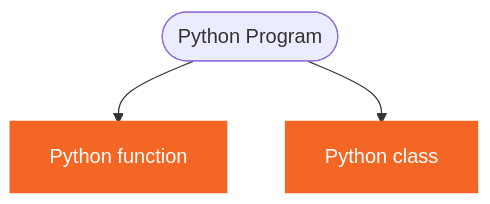
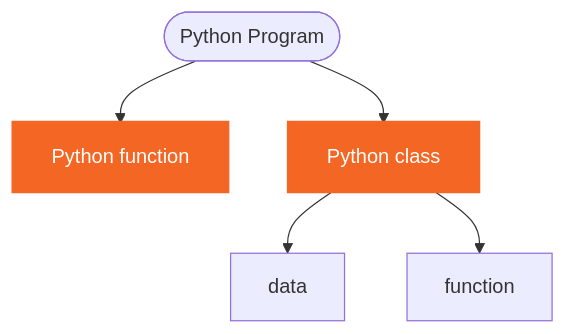
The second of 4 diagrams in doc/python.md (terrenceliu01/python1), drawn with Mermaid before and after one commit. The commit also changed other lines of this file and 14 other files, not shown here.

````diff
--- a/doc/python.md
+++ b/doc/python.md
@@ -178,17 +179,20 @@
 ```mermaid
 graph TB
 B([Python Program])
 C[Python function]
 D[Python class]
+E[data]
+F[function]
 
 B --> C
 B --> D
+D -->E & F
 
 classDef html fill:#F46624,stroke:#F46624,stroke-width:4px,color:white;
 classDef js fill:yellow,stroke:#DE9E1F,stroke-width:2px;
 classDef start fill:green,stroke:#DE9E1F,stroke-width:2px;
 classDef end1 fill:red,stroke:#DE9E1F,stroke-width:2px;
 class START start
 class C,D html
 class END end1
 ```
````
